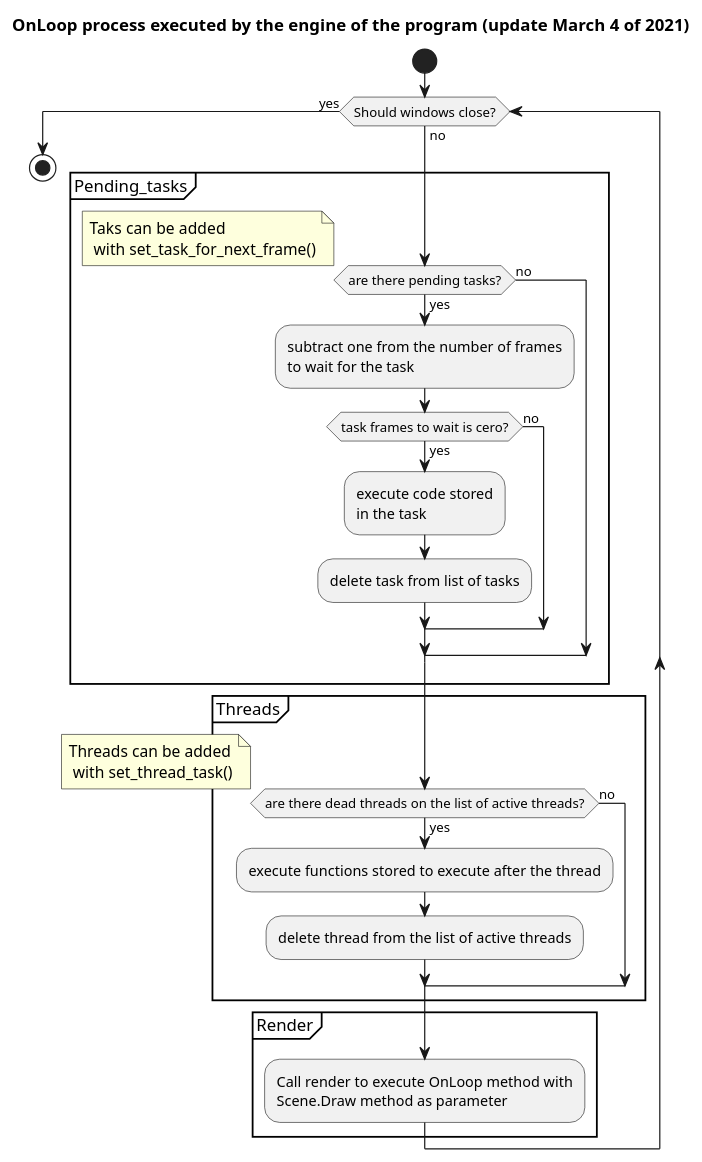
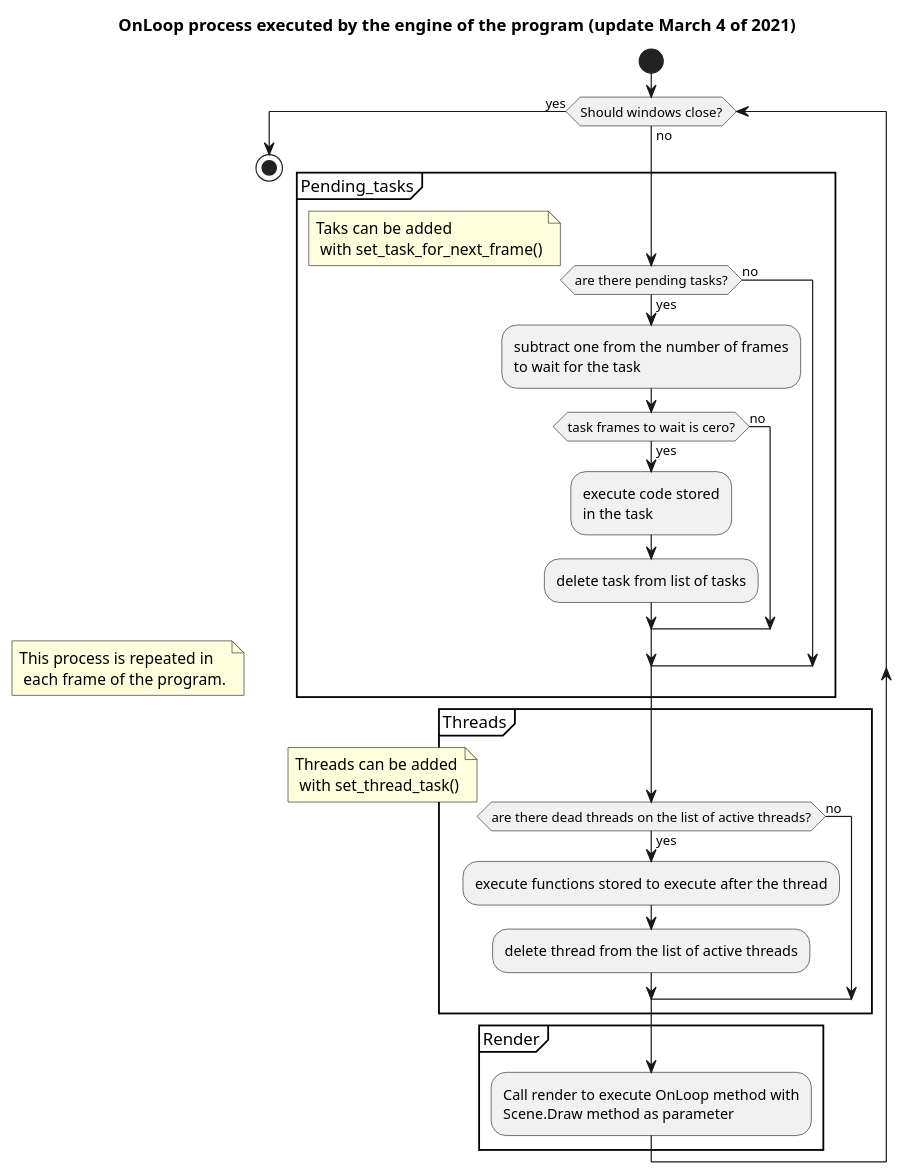
Before and after one commit to ferpoble2/Relief_Creator: the diagram in docs/activity/engine_render_process.puml, drawn with PlantUML.

Commit message:
Added a note in the diagram

```diff
--- a/docs/activity/engine_render_process.puml
+++ b/docs/activity/engine_render_process.puml
@@ -1,49 +1,50 @@
 @startuml
 'https://plantuml.com/activity-diagram-beta
 
 skinparam ConditionEndStyle hline
 
 title OnLoop process executed by the engine of the program (update March 4 of 2021)
 
 
-
 start
 
+    while (Should windows close?) is (no)
 
-    while (Should windows close?) is (no)
+        note left: This process is repeated in\n each frame of the program.
 
         partition Pending_tasks {
             if (are there pending tasks?) then (yes)
                 :subtract one from the number of frames
                 to wait for the task;
 
                 if (task frames to wait is cero?) then (yes)
                     :execute code stored
                     in the task;
                     :delete task from list of tasks;
                 else (no)
                 endif
 
             else (no)
             endif
         }
         note: Taks can be added\n with set_task_for_next_frame()
 
         partition Threads {
             if (are there dead threads on the list of active threads?) then (yes)
                 :execute functions stored to execute after the thread;
                 :delete thread from the list of active threads;
             else (no)
             endif
         }
         note: Threads can be added\n with set_thread_task()
 
         partition Render {
             :Call render to execute OnLoop method with
             Scene.Draw method as parameter;
         }
     endwhile (yes)
 
-    stop
+stop
+
 
 @enduml
```
